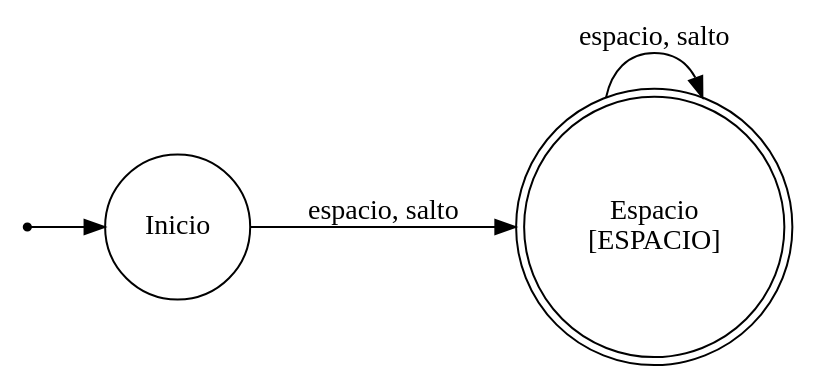
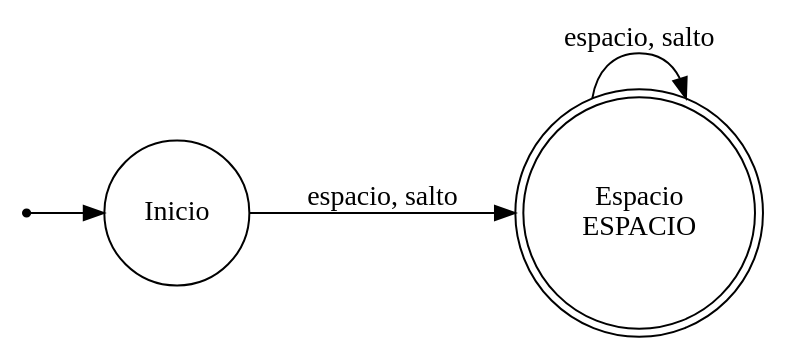
The diagram in automatas/espacio.dot (Insert-name-115/Tarea-de-teoria-de-computacion), drawn with Graphviz before and after one commit. The commit also changed 16 other files, not shown here.

```diff
--- a/automatas/espacio.dot
+++ b/automatas/espacio.dot
@@ -1,9 +1,9 @@
 digraph ESPACIO {
 	rankdir=LR
 	"" [shape=point]
+	Espacio [label="Espacio\nESPACIO" shape=doublecircle]
 	Inicio [shape=circle]
-	Espacio [label="Espacio\n[ESPACIO]" shape=doublecircle]
 	"" -> Inicio
 	Inicio -> Espacio [label="espacio, salto"]
 	Espacio -> Espacio [label="espacio, salto"]
 }
```
